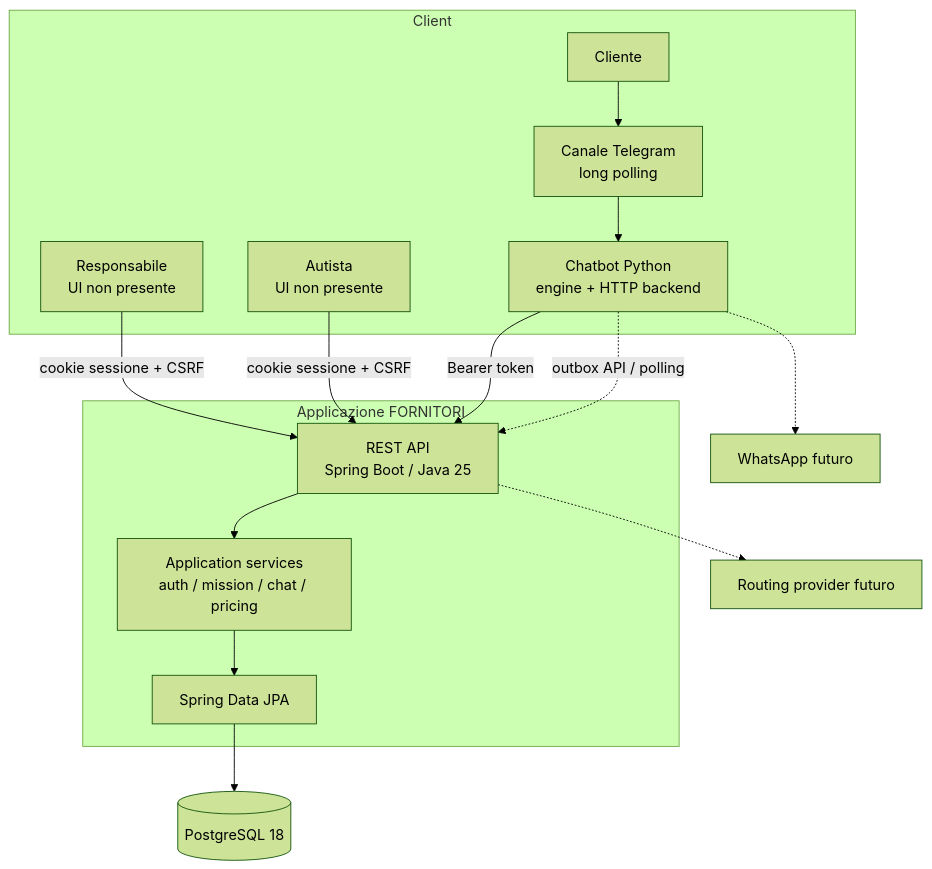
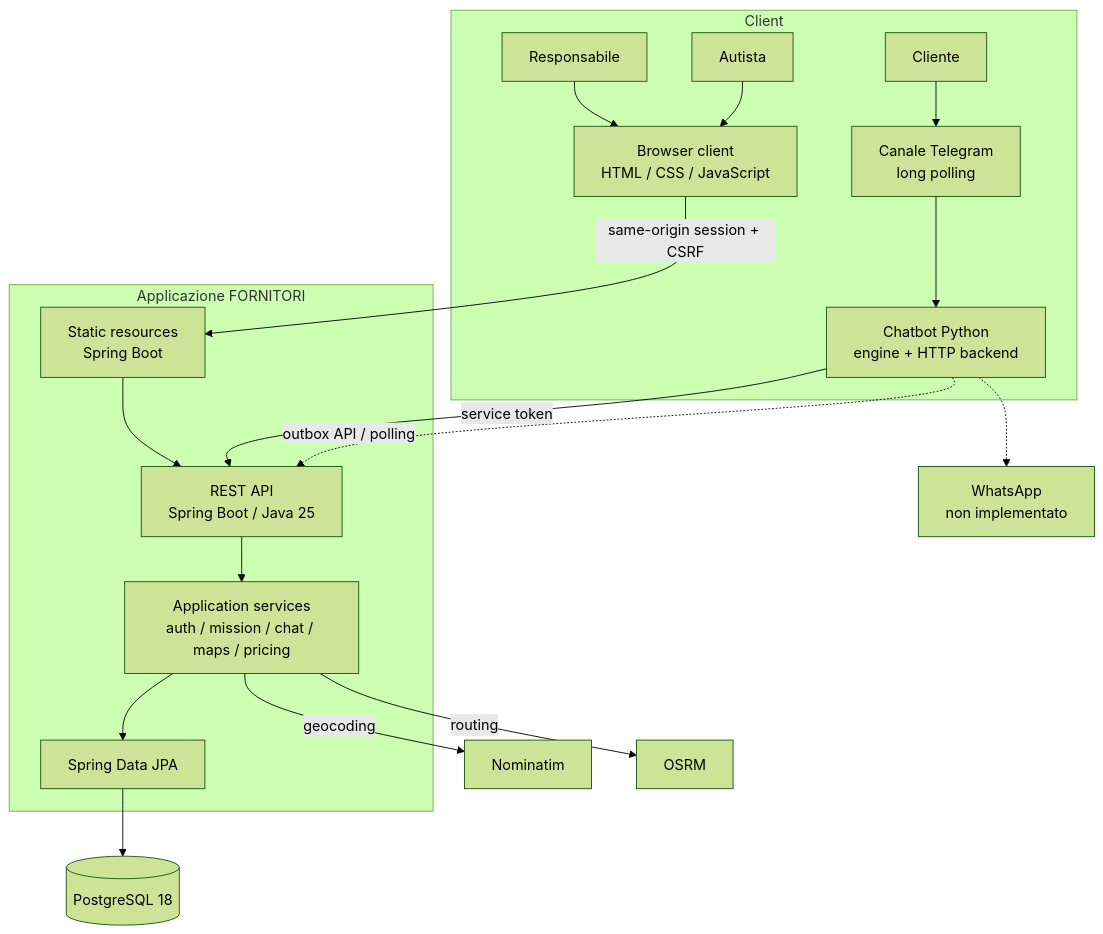
Before and after one commit to coluccimarco/fornitori-soccorso: the diagram in docs/diagrams/container.mmd, drawn with Mermaid (forest theme). The commit also changed 96 other files, not shown here.

```diff
--- a/docs/diagrams/container.mmd
+++ b/docs/diagrams/container.mmd
@@ -1,26 +1,32 @@
-%% Container view: solid lines are present in the repository; dotted lines future.
+%% Container view: solid lines are present in code; dotted lines are not integrated.
 flowchart TB
     subgraph Client["Client"]
-        Ops["Responsabile<br/>UI non presente"]
-        Driver["Autista<br/>UI non presente"]
+        Ops["Responsabile"]
+        Driver["Autista"]
         Customer["Cliente"]
+        Web["Browser client<br/>HTML / CSS / JavaScript"]
         Bot["Chatbot Python<br/>engine + HTTP backend"]
         Telegram["Canale Telegram<br/>long polling"]
     end
     subgraph App["Applicazione FORNITORI"]
-        Web["REST API<br/>Spring Boot / Java 25"]
-        Service["Application services<br/>auth / mission / chat / pricing"]
+        Static["Static resources<br/>Spring Boot"]
+        API["REST API<br/>Spring Boot / Java 25"]
+        Service["Application services<br/>auth / mission / chat / maps / pricing"]
         Persistence["Spring Data JPA"]
     end
     DB[("PostgreSQL 18")]
-    Map["Routing provider futuro"]
-    WhatsApp["WhatsApp futuro"]
-    Ops -->|"cookie sessione + CSRF"| Web
-    Driver -->|"cookie sessione + CSRF"| Web
+    Geocoder["Nominatim"]
+    Router["OSRM"]
+    WhatsApp["WhatsApp<br/>non implementato"]
+    Ops --> Web
+    Driver --> Web
+    Web -->|"same-origin session + CSRF"| Static
+    Static --> API
     Customer --> Telegram
     Telegram --> Bot
-    Bot -->|"Bearer token"| Web
-    Web --> Service --> Persistence --> DB
-    Bot -. "outbox API / polling" .-> Web
-    Web -.-> Map
+    Bot -->|"service token"| API
+    API --> Service --> Persistence --> DB
+    Service -->|"geocoding"| Geocoder
+    Service -->|"routing"| Router
+    Bot -. "outbox API / polling" .-> API
     Bot -.-> WhatsApp
```
